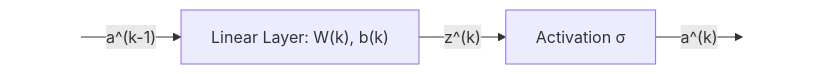
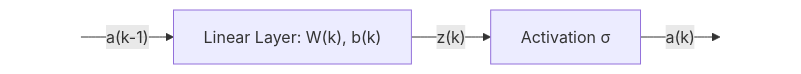
One commit to PedroNJorge/numpy-mlp-from-scratch changed the diagram in docs/index.md. Above: the diagram before and after it, drawn with Mermaid. The commit also changed other lines of this file, not shown here.

````diff
--- a/docs/index.md
+++ b/docs/index.md
@@ -42,8 +42,8 @@
 ```mermaid
 graph LR
-  X:::invisible -->|"a^(k-1)"| A["Linear Layer: W(k), b(k)"]
-  A --> |"z^(k)"| B["Activation σ"]
-  B --> |"a^(k)"| Y:::invisible
+  X:::invisible -->|"a(k-1)"| A["Linear Layer: W(k), b(k)"]
+  A --> |"z(k)"| B["Activation σ"]
+  B --> |"a(k)"| Y:::invisible
 
   classDef invisible fill:none,stroke:none,color:white;
 ```
````
